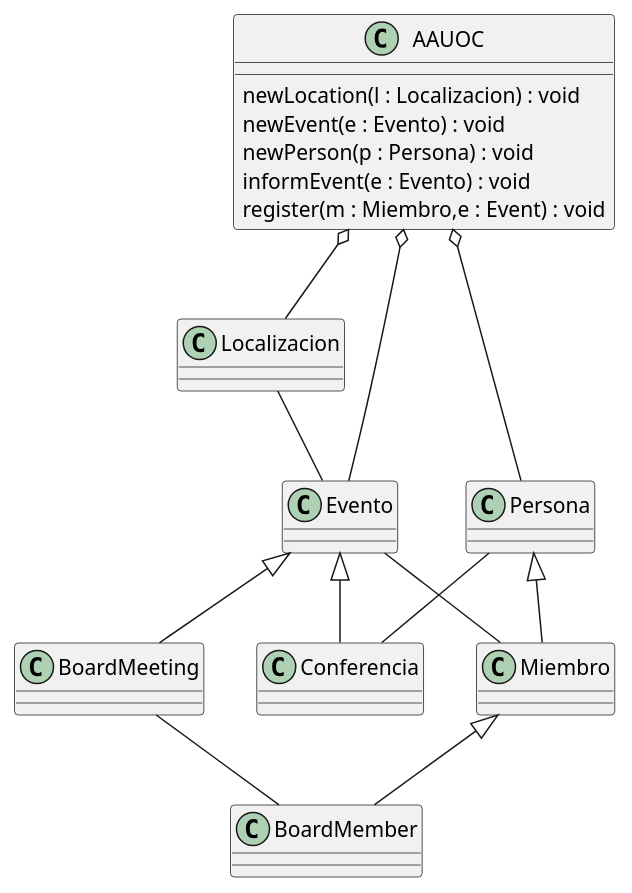
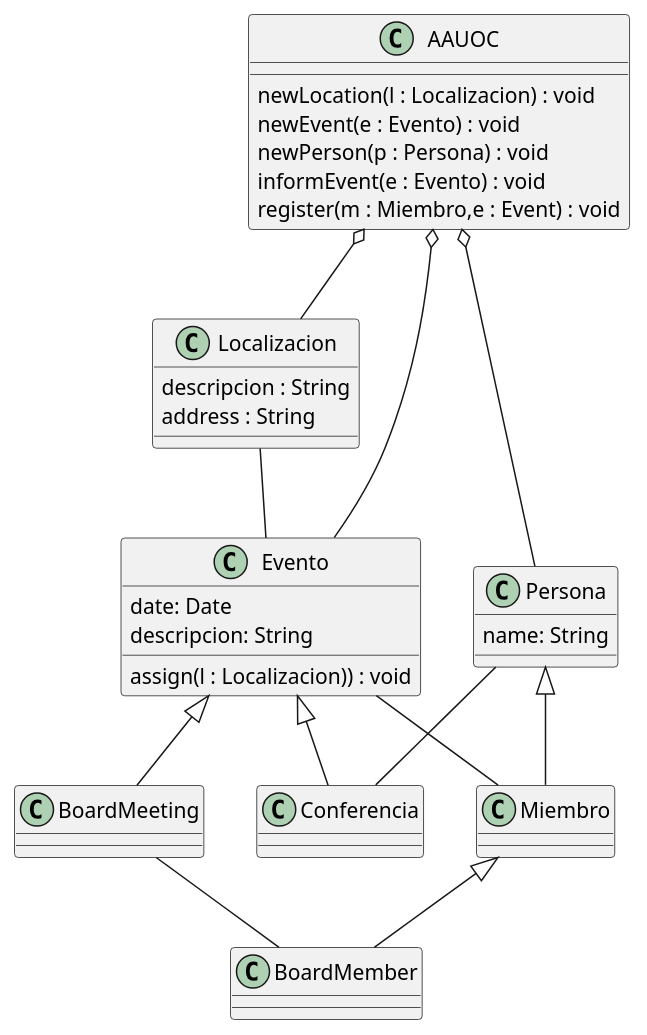
One commit to abrahambelen/UMLClasesAbrahamBelenDuran changed the diagram in src/EjercicioUML.puml. Above: the diagram before and after it, drawn with PlantUML.

Commit message:
Local, Event y Pers métodos y atributos

```diff
--- a/src/EjercicioUML.puml
+++ b/src/EjercicioUML.puml
@@ -1,59 +1,63 @@
 @startuml
 
 class Miembro{
 
 
 }
 
 class BoardMember{
 
 }
 
 class Evento{
-
+date: Date
+descripcion: String
+assign(l : Localizacion)) : void
 
 }
 
 class Conferencia{
 
 }
 
 class BoardMeeting{
 
 }
 
 class Localizacion{
-
+descripcion : String
+address : String
 }
 
 class Persona{
+name: String
 
 }
 
 class AAUOC{
 newLocation(l : Localizacion) : void
 newEvent(e : Evento) : void
 newPerson(p : Persona) : void
 informEvent(e : Evento) : void
 register(m : Miembro,e : Event) : void
 }
 
 Evento <|-- Conferencia
 Evento <|-- BoardMeeting
 
 Persona <|-- Miembro
 Miembro <|-- BoardMember
 
 AAUOC o-- Persona
 AAUOC o-- Localizacion
 AAUOC o-- Evento
 
 Persona -- Conferencia
 
 BoardMeeting -- BoardMember
 
 Evento -- Miembro
 
 Localizacion -- Evento
 
 @enduml
```
